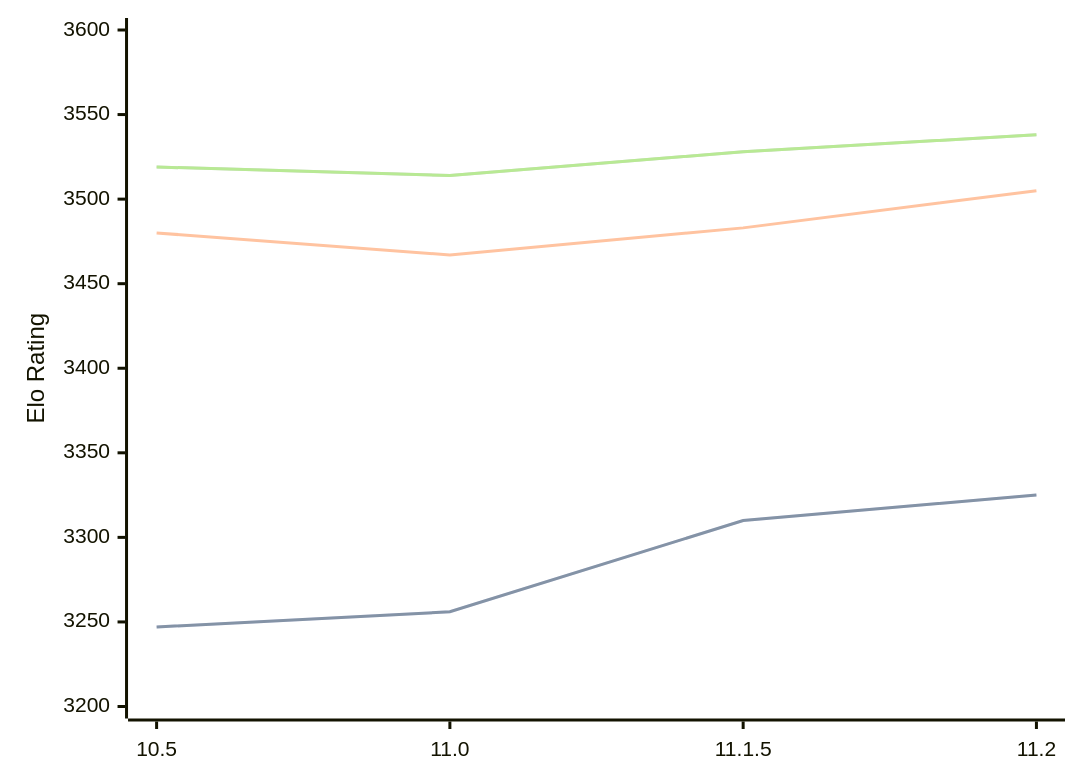
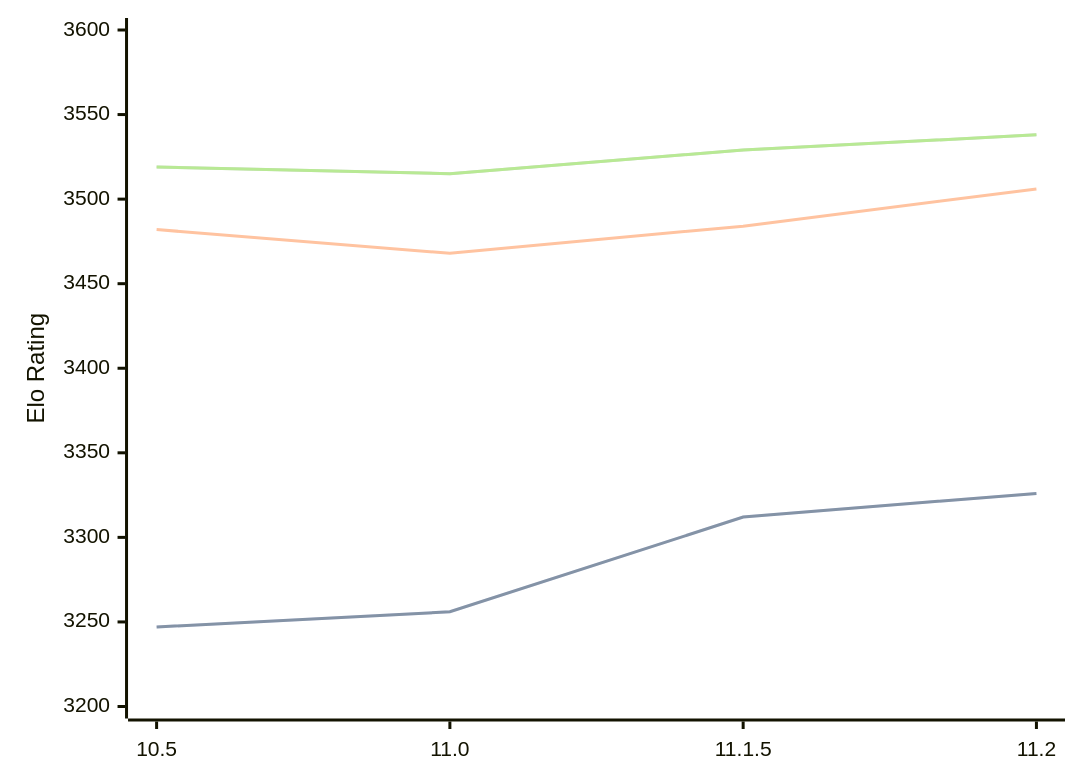
Before and after one commit to computer-chess-index/cci: the diagram in engines/Lizard.md, drawn with Mermaid. The commit also changed other lines of this file, not shown here.

Commit message:
Update CCI Ratings (ELO VLTC) - 2026-03-28

````diff
--- a/engines/Lizard.md
+++ b/engines/Lizard.md
@@ -46,11 +46,11 @@
 ```mermaid
 %%{init: {"theme":"base","themeVariables":{"seriesColors:['#a3a3a3','#222221','#faa371']}}}%%
 xychart-beta
   x-axis ["10.5", "11.0", "11.1.5", "11.2"]
   y-axis "Elo Rating" 3200 --> 3600
-  line "STC (8.0+0.08s)" [3247, 3256, 3310, 3325]
-  line "STC (8.0+0.08s)" [3247, 3256, 3310, 3325]
-  line "LTC (60.0+0.60s)" [3480, 3467, 3483, 3505]
-  line "VLTC (2m24s+1.12s)" [3519, 3514, 3528, 3538]
-  line "VLTC (2m24s+1.12s)" [3519, 3514, 3528, 3538]
+  line "STC (8.0+0.08s)" [3247, 3256, 3312, 3326]
+  line "STC (8.0+0.08s)" [3247, 3256, 3312, 3326]
+  line "LTC (60.0+0.60s)" [3482, 3468, 3484, 3506]
+  line "VLTC (2m24s+1.12s)" [3519, 3515, 3529, 3538]
+  line "VLTC (2m24s+1.12s)" [3519, 3515, 3529, 3538]
 ```
````
